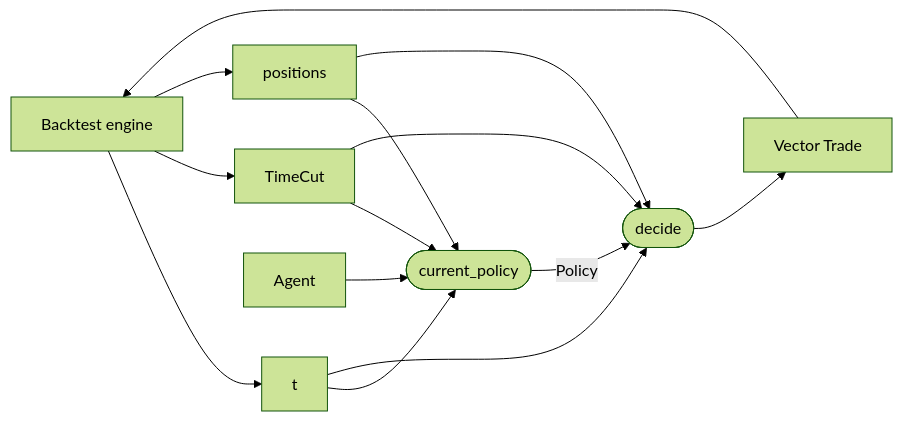
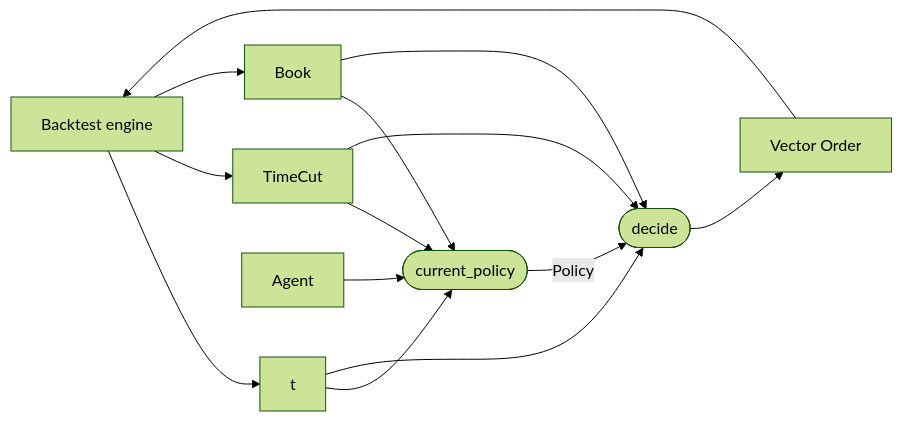
One commit to aleCombi/VolSurfaceAnalysis.jl changed the diagram in docs/modules/agents.md. Above: the diagram before and after it, drawn with Mermaid (forest theme). The commit also changed other lines of this file and 41 other files, not shown here.

First line of the commit message:
backtest: the engine switches to orders and the book; positions retired

````diff
--- a/docs/modules/agents.md
+++ b/docs/modules/agents.md
@@ -18,18 +18,18 @@
 ```mermaid
 flowchart LR
     Engine[Backtest engine] --> Clock[t]
     Engine --> Cut[TimeCut]
-    Engine --> Ledger[positions]
+    Engine --> Book[Book]
 
     Agent[Agent] --> CP([current_policy])
     Clock --> CP
     Cut --> CP
-    Ledger --> CP
+    Book --> CP
     CP -->|Policy| D([decide])
 
     Cut --> D
-    Ledger --> D
+    Book --> D
     Clock --> D
-    D --> Orders[Vector Trade]
+    D --> Orders[Vector Order]
     Orders --> Engine
 ```
````
